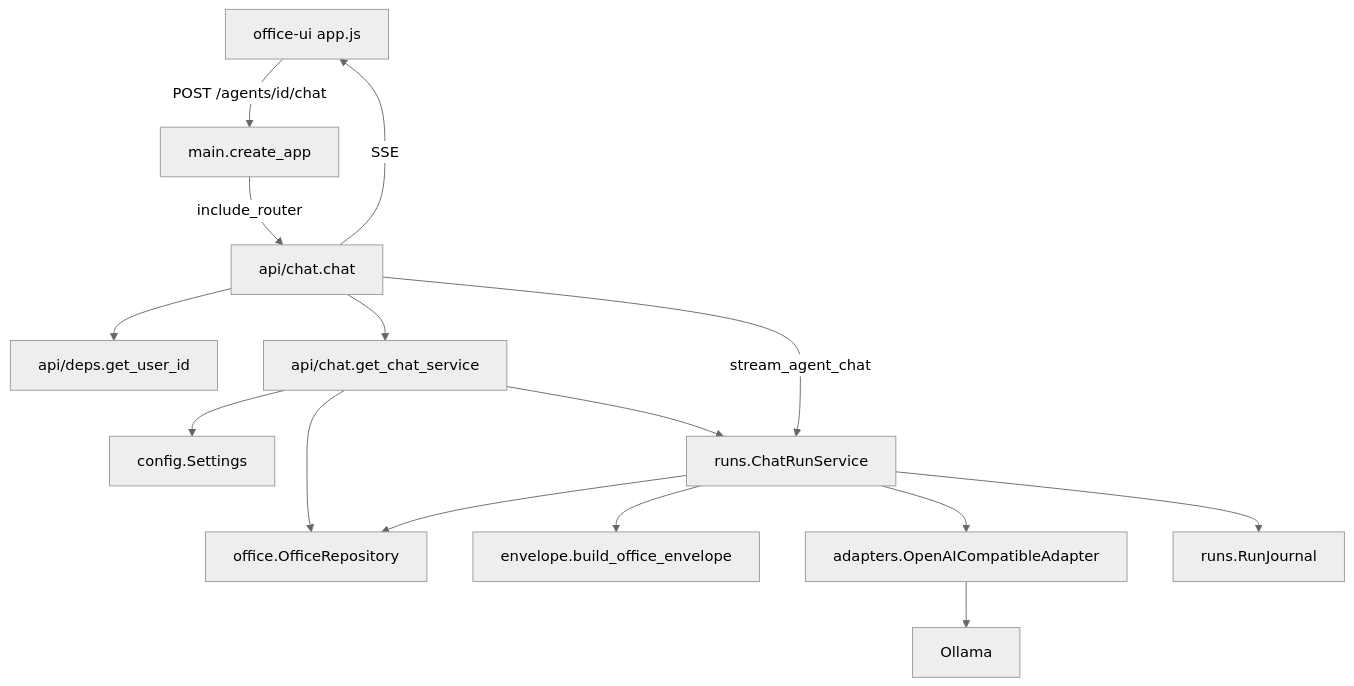
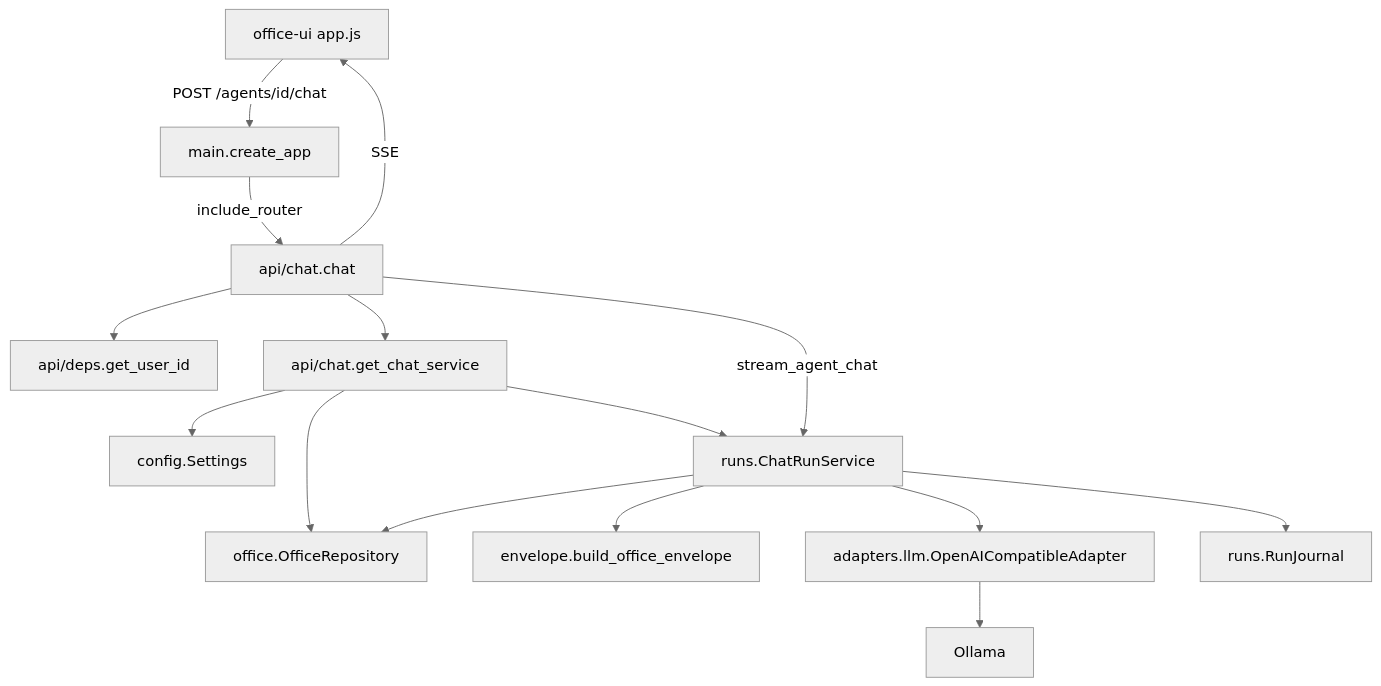
Before and after one commit to abhishekjasani/AgentAnyStack: the second of 2 diagrams in docs/architecture/11_CHAT.md, drawn with Mermaid (neutral theme). The commit also changed other lines of this file and 4 other files, not shown here.

````diff
--- a/docs/architecture/11_CHAT.md
+++ b/docs/architecture/11_CHAT.md
@@ -27,30 +27,30 @@
 ```mermaid
 flowchart TD
     UI["office-ui app.js"]
     MAIN["main.create_app"]
     CHAT["api/chat.chat"]
     UID["api/deps.get_user_id"]
     WIRE["api/chat.get_chat_service"]
     CFG["config.Settings"]
     REPO["office.OfficeRepository"]
     CRS["runs.ChatRunService"]
     ENV["envelope.build_office_envelope"]
-    AD["adapters.OpenAICompatibleAdapter"]
+    AD["adapters.llm.OpenAICompatibleAdapter"]
     J["runs.RunJournal"]
     OL["Ollama"]
 
     UI -->|"POST /agents/id/chat"| MAIN
     MAIN -->|include_router| CHAT
     CHAT --> UID
     CHAT --> WIRE
     WIRE --> CFG
     WIRE --> REPO
     WIRE --> CRS
     CHAT -->|stream_agent_chat| CRS
     CRS --> REPO
     CRS --> ENV
     CRS --> AD
     CRS --> J
     AD --> OL
     CHAT -->|SSE| UI
 ```
````
